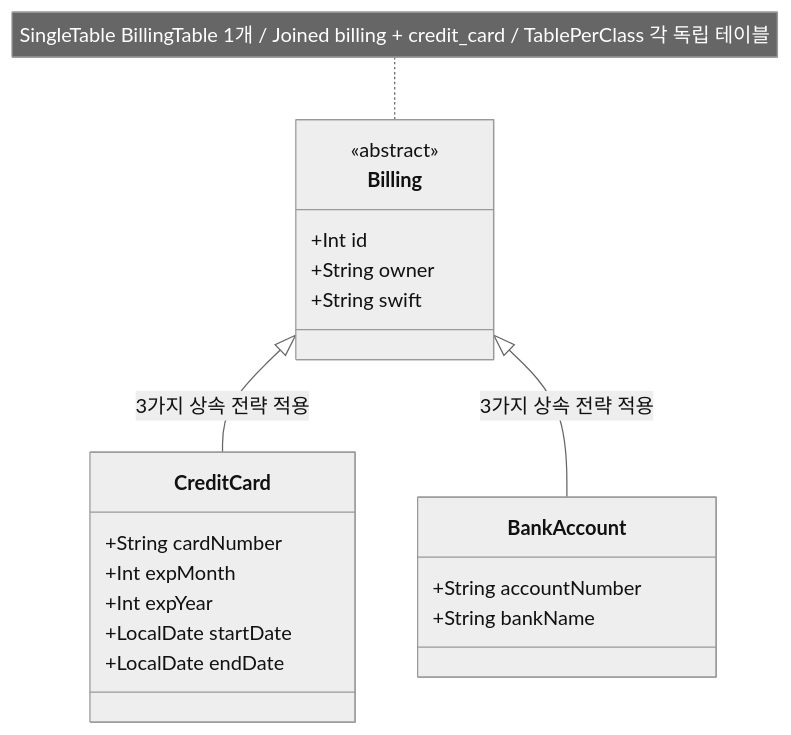
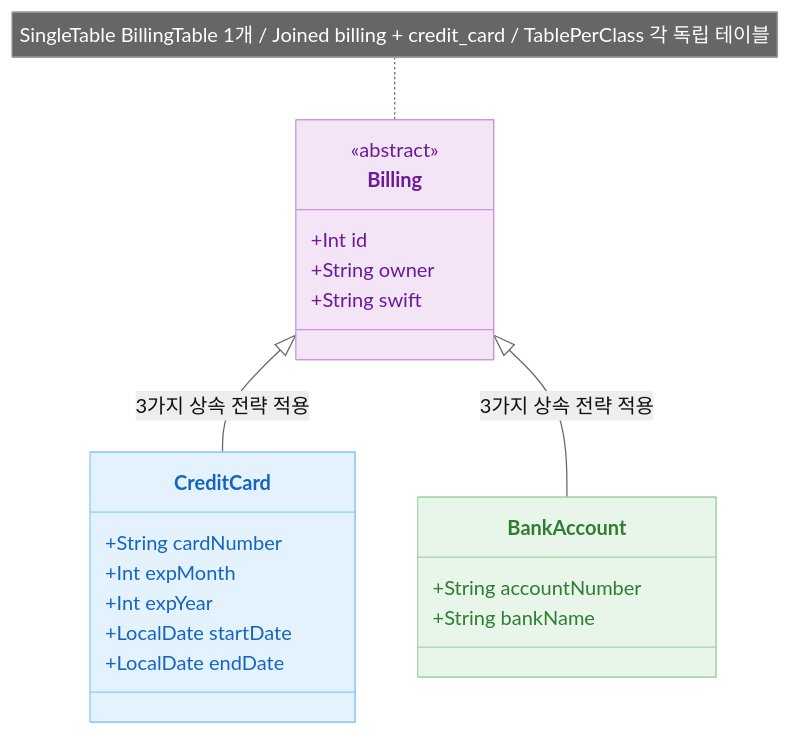
The first of 7 diagrams in 07-jpa/02-convert-jpa-advanced/README.md (bluetape4k/exposed-workshop), drawn with Mermaid (neutral theme) before and after one commit. The commit also changed other lines of this file and 56 other files, not shown here.

First line of the commit message:
docs: 전체 README mermaid 다이어그램에 파스텔 톤 색상 적용

````diff
--- a/07-jpa/02-convert-jpa-advanced/README.md
+++ b/07-jpa/02-convert-jpa-advanced/README.md
@@ -95,25 +95,29 @@
 ```mermaid
 classDiagram
     class Billing {
         <<abstract>>
         +Int id
         +String owner
         +String swift
     }
     class CreditCard {
         +String cardNumber
         +Int expMonth
         +Int expYear
         +LocalDate startDate
         +LocalDate endDate
     }
     class BankAccount {
         +String accountNumber
         +String bankName
     }
 
     Billing <|-- CreditCard : 3가지 상속 전략 적용
     Billing <|-- BankAccount : 3가지 상속 전략 적용
 
     note for Billing "SingleTable BillingTable 1개 / Joined billing + credit_card / TablePerClass 각 독립 테이블"
+
+    style Billing fill:#F3E5F5,stroke:#CE93D8,color:#6A1B9A
+    style CreditCard fill:#E3F2FD,stroke:#90CAF9,color:#1565C0
+    style BankAccount fill:#E8F5E9,stroke:#A5D6A7,color:#2E7D32
 ```
````
